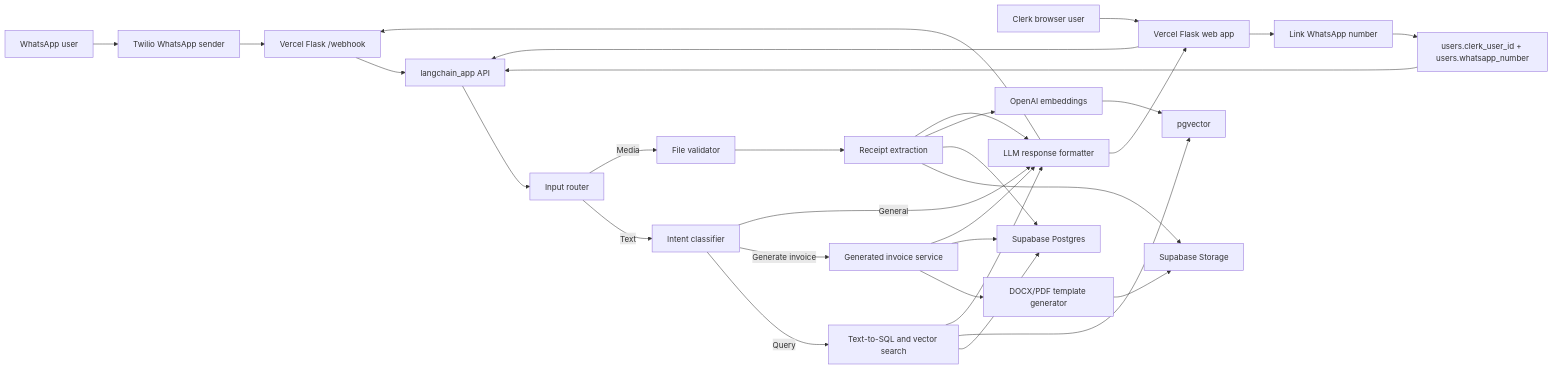
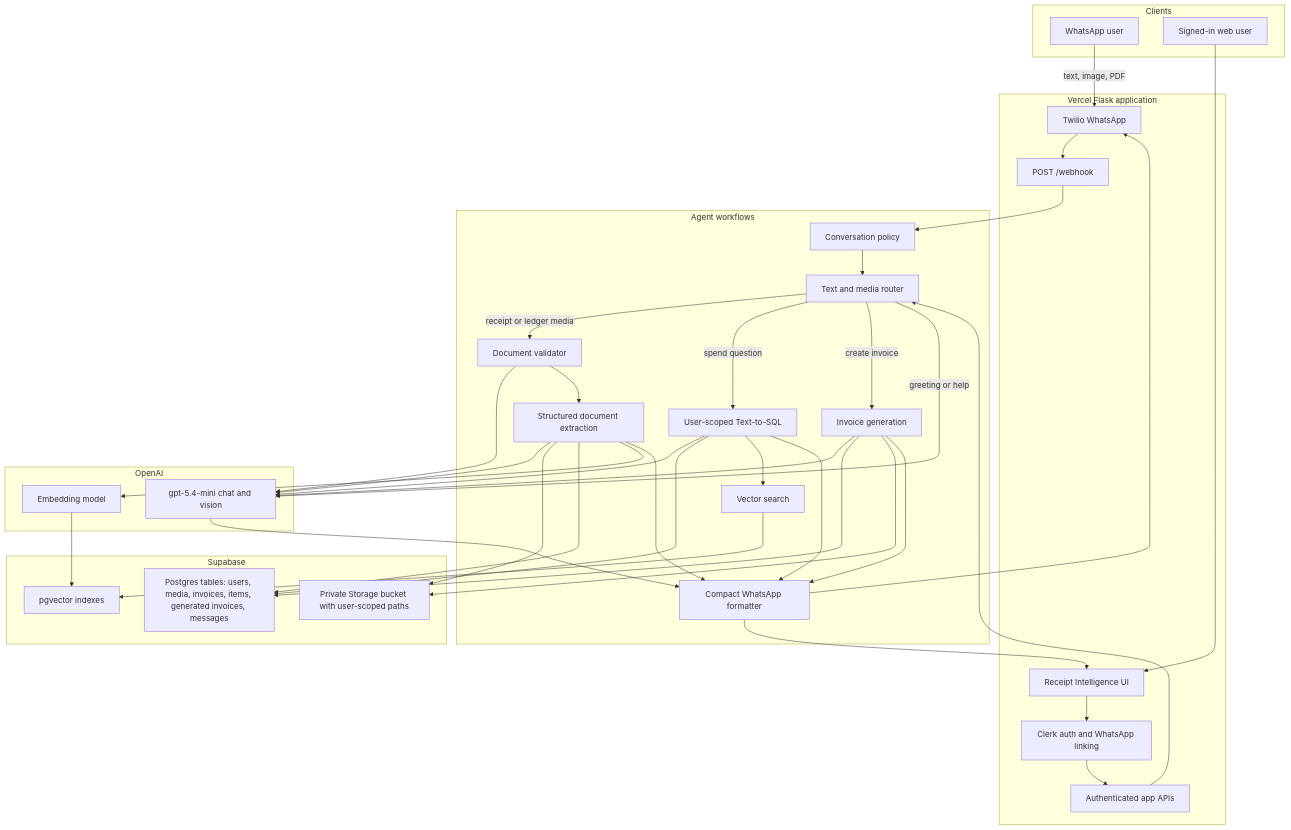
The diagram in README.md (Abby263/whatsapp-invoice-assistant), drawn with Mermaid before and after one commit. The commit also changed other lines of this file and 14 other files, not shown here.

````diff
--- a/README.md
+++ b/README.md
@@ -55,38 +55,74 @@
 ```mermaid
-flowchart LR
-    W["WhatsApp user"] --> TW["Twilio WhatsApp sender"]
-    TW --> WH["Vercel Flask /webhook"]
-    B["Clerk browser user"] --> UI["Vercel Flask web app"]
-    UI --> LINK["Link WhatsApp number"]
+flowchart TB
+    subgraph Clients["Clients"]
+        WU["WhatsApp user"]
+        WEB["Signed-in web user"]
+    end
 
-    WH --> API["langchain_app API"]
-    UI --> API
-    LINK --> USER["users.clerk_user_id + users.whatsapp_number"]
-    USER --> API
+    subgraph Edge["Vercel Flask application"]
+        TW["Twilio WhatsApp"]
+        WH["POST /webhook"]
+        DASH["Receipt Intelligence UI"]
+        AUTH["Clerk auth and WhatsApp linking"]
+        API["Authenticated app APIs"]
+    end
 
-    API --> ROUTER["Input router"]
-    ROUTER -->|Text| INTENT["Intent classifier"]
-    ROUTER -->|Media| VALIDATE["File validator"]
+    subgraph Workflows["Agent workflows"]
+        POLICY["Conversation policy"]
+        ROUTER["Text and media router"]
+        VALIDATOR["Document validator"]
+        EXTRACTOR["Structured document extraction"]
+        SQL["User-scoped Text-to-SQL"]
+        RAG["Vector search"]
+        GENERATOR["Invoice generation"]
+        FORMATTER["Compact WhatsApp formatter"]
+    end
 
-    VALIDATE --> EXTRACT["Receipt extraction"]
-    EXTRACT --> STORE["Supabase Storage"]
-    EXTRACT --> DB["Supabase Postgres"]
-    EXTRACT --> EMB["OpenAI embeddings"]
-    EMB --> VEC["pgvector"]
+    subgraph AI["OpenAI"]
+        CHAT["gpt-5.4-mini chat and vision"]
+        EMBED["Embedding model"]
+    end
 
-    INTENT -->|Query| SQL["Text-to-SQL and vector search"]
+    subgraph Data["Supabase"]
+        DB["Postgres tables: users, media, invoices, items, generated invoices, messages"]
+        STORAGE["Private Storage bucket with user-scoped paths"]
+        VECTOR["pgvector indexes"]
+    end
+
+    WU -->|"text, image, PDF"| TW
+    TW --> WH
+    WEB --> DASH
+    DASH --> AUTH
+    AUTH --> API
+    API --> ROUTER
+    WH --> POLICY
+    POLICY --> ROUTER
+
+    ROUTER -->|"receipt or ledger media"| VALIDATOR
+    VALIDATOR --> CHAT
+    VALIDATOR --> EXTRACTOR
+    EXTRACTOR --> CHAT
+    EXTRACTOR --> STORAGE
+    EXTRACTOR --> DB
+    EXTRACTOR --> EMBED
+    EMBED --> VECTOR
+
+    ROUTER -->|"spend question"| SQL
+    SQL --> CHAT
     SQL --> DB
-    SQL --> VEC
+    SQL --> RAG
+    RAG --> VECTOR
 
-    INTENT -->|Generate invoice| GEN["Generated invoice service"]
-    GEN --> DOC["DOCX/PDF template generator"]
-    DOC --> STORE
-    GEN --> DB
+    ROUTER -->|"create invoice"| GENERATOR
+    GENERATOR --> CHAT
+    GENERATOR --> DB
+    GENERATOR --> STORAGE
 
-    INTENT -->|General| RESP["LLM response formatter"]
-    EXTRACT --> RESP
-    SQL --> RESP
-    GEN --> RESP
-    RESP --> WH
-    RESP --> UI
+    ROUTER -->|"greeting or help"| CHAT
+    CHAT --> FORMATTER
+    SQL --> FORMATTER
+    EXTRACTOR --> FORMATTER
+    GENERATOR --> FORMATTER
+    FORMATTER --> TW
+    FORMATTER --> DASH
 ```
````
